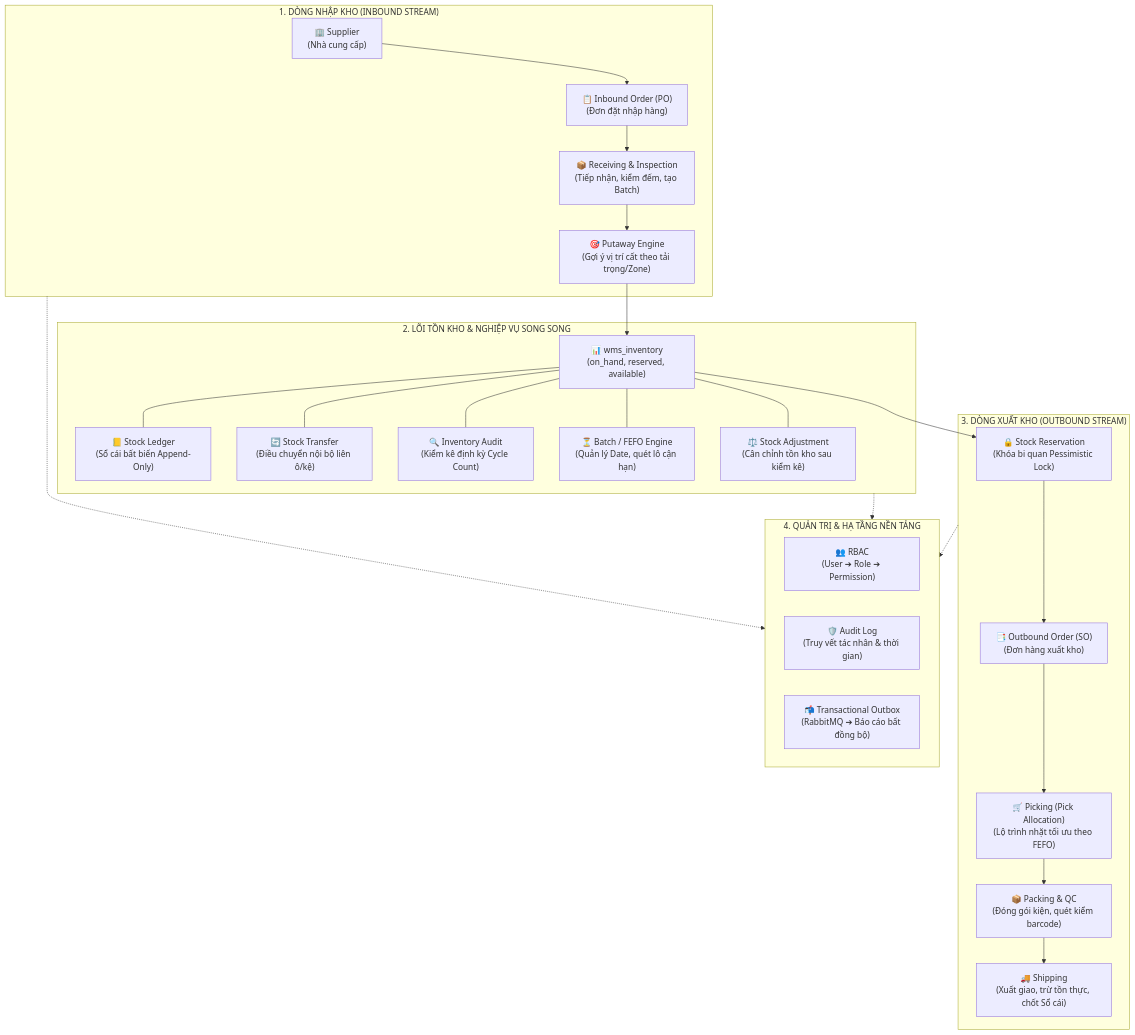
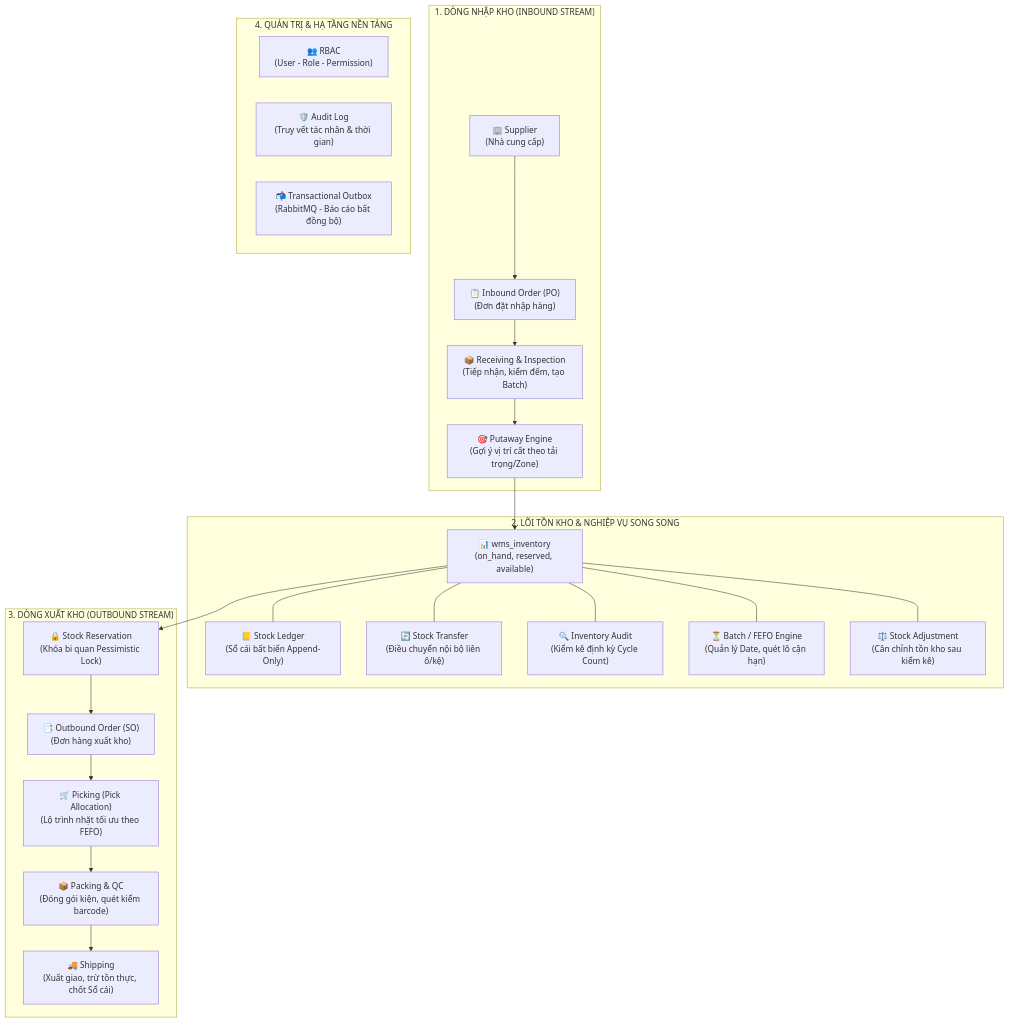
Before and after one commit to chien261025/HKDN: the first of 4 diagrams in LUONG_DU_LIEU_VA_QUY_TAC_NGHIEP_VU.md, drawn with Mermaid. The commit also changed 1 other file, not shown here.

Commit message:
fix(docs): resolve mermaid diagram rendering syntax across markdown viewers

````diff
--- a/LUONG_DU_LIEU_VA_QUY_TAC_NGHIEP_VU.md
+++ b/LUONG_DU_LIEU_VA_QUY_TAC_NGHIEP_VU.md
@@ -25,42 +25,39 @@
 ```mermaid
 flowchart TD
-    %% INBOUND
     subgraph INBOUND ["1. DÒNG NHẬP KHO (INBOUND STREAM)"]
-        SUP["🏢 Supplier\n(Nhà cung cấp)"] 
-        --> INB["📋 Inbound Order (PO)\n(Đơn đặt nhập hàng)"]
-        --> RCV["📦 Receiving & Inspection\n(Tiếp nhận, kiểm đếm, tạo Batch)"]
-        --> PUT["🎯 Putaway Engine\n(Gợi ý vị trí cất theo tải trọng/Zone)"]
+        SUP["🏢 Supplier<br/>(Nhà cung cấp)"] --> INB["📋 Inbound Order (PO)<br/>(Đơn đặt nhập hàng)"]
+        INB --> RCV["📦 Receiving & Inspection<br/>(Tiếp nhận, kiểm đếm, tạo Batch)"]
+        RCV --> PUT["🎯 Putaway Engine<br/>(Gợi ý vị trí cất theo tải trọng/Zone)"]
     end
 
-    %% INVENTORY CORE
     subgraph CORE ["2. LÕI TỒN KHO & NGHIỆP VỤ SONG SONG"]
-        PUT --> INV["📊 wms_inventory\n(on_hand, reserved, available)"]
-        
-        INV --- LEDGER["📒 Stock Ledger\n(Sổ cái bất biến Append-Only)"]
-        INV --- TRF["🔄 Stock Transfer\n(Điều chuyển nội bộ liên ô/kệ)"]
-        INV --- AUDIT["🔍 Inventory Audit\n(Kiểm kê định kỳ Cycle Count)"]
-        INV --- FEFO["⏳ Batch / FEFO Engine\n(Quản lý Date, quét lô cận hạn)"]
-        INV --- ADJ["⚖️ Stock Adjustment\n(Cân chỉnh tồn kho sau kiểm kê)"]
+        INV["📊 wms_inventory<br/>(on_hand, reserved, available)"]
+        LEDGER["📒 Stock Ledger<br/>(Sổ cái bất biến Append-Only)"]
+        TRF["🔄 Stock Transfer<br/>(Điều chuyển nội bộ liên ô/kệ)"]
+        AUDIT["🔍 Inventory Audit<br/>(Kiểm kê định kỳ Cycle Count)"]
+        FEFO["⏳ Batch / FEFO Engine<br/>(Quản lý Date, quét lô cận hạn)"]
+        ADJ["⚖️ Stock Adjustment<br/>(Cân chỉnh tồn kho sau kiểm kê)"]
+
+        INV --- LEDGER
+        INV --- TRF
+        INV --- AUDIT
+        INV --- FEFO
+        INV --- ADJ
     end
 
-    %% OUTBOUND
     subgraph OUTBOUND ["3. DÒNG XUẤT KHO (OUTBOUND STREAM)"]
-        INV --> RES["🔒 Stock Reservation\n(Khóa bi quan Pessimistic Lock)"]
-        RES --> OUTB["📑 Outbound Order (SO)\n(Đơn hàng xuất kho)"]
-        OUTB --> PICK["🛒 Picking (Pick Allocation)\n(Lộ trình nhặt tối ưu theo FEFO)"]
-        PICK --> PACK["📦 Packing & QC\n(Đóng gói kiện, quét kiểm barcode)"]
-        PACK --> SHIP["🚚 Shipping\n(Xuất giao, trừ tồn thực, chốt Sổ cái)"]
+        RES["🔒 Stock Reservation<br/>(Khóa bi quan Pessimistic Lock)"] --> OUTB["📑 Outbound Order (SO)<br/>(Đơn hàng xuất kho)"]
+        OUTB --> PICK["🛒 Picking (Pick Allocation)<br/>(Lộ trình nhặt tối ưu theo FEFO)"]
+        PICK --> PACK["📦 Packing & QC<br/>(Đóng gói kiện, quét kiểm barcode)"]
+        PACK --> SHIP["🚚 Shipping<br/>(Xuất giao, trừ tồn thực, chốt Sổ cái)"]
     end
 
-    %% GOVERNANCE
     subgraph GOV ["4. QUẢN TRỊ & HẠ TẦNG NỀN TẢNG"]
-        direction LR
-        RBAC["👥 RBAC\n(User ➔ Role ➔ Permission)"]
-        AUDIT_TRAIL["🛡️ Audit Log\n(Truy vết tác nhân & thời gian)"]
-        OUTBOX["📬 Transactional Outbox\n(RabbitMQ ➔ Báo cáo bất đồng bộ)"]
+        RBAC["👥 RBAC<br/>(User - Role - Permission)"]
+        AUDIT_TRAIL["🛡️ Audit Log<br/>(Truy vết tác nhân & thời gian)"]
+        OUTBOX["📬 Transactional Outbox<br/>(RabbitMQ - Báo cáo bất đồng bộ)"]
     end
 
-    INBOUND -.-> GOV
-    CORE -.-> GOV
-    OUTBOUND -.-> GOV
+    PUT --> INV
+    INV --> RES
 ```
````
